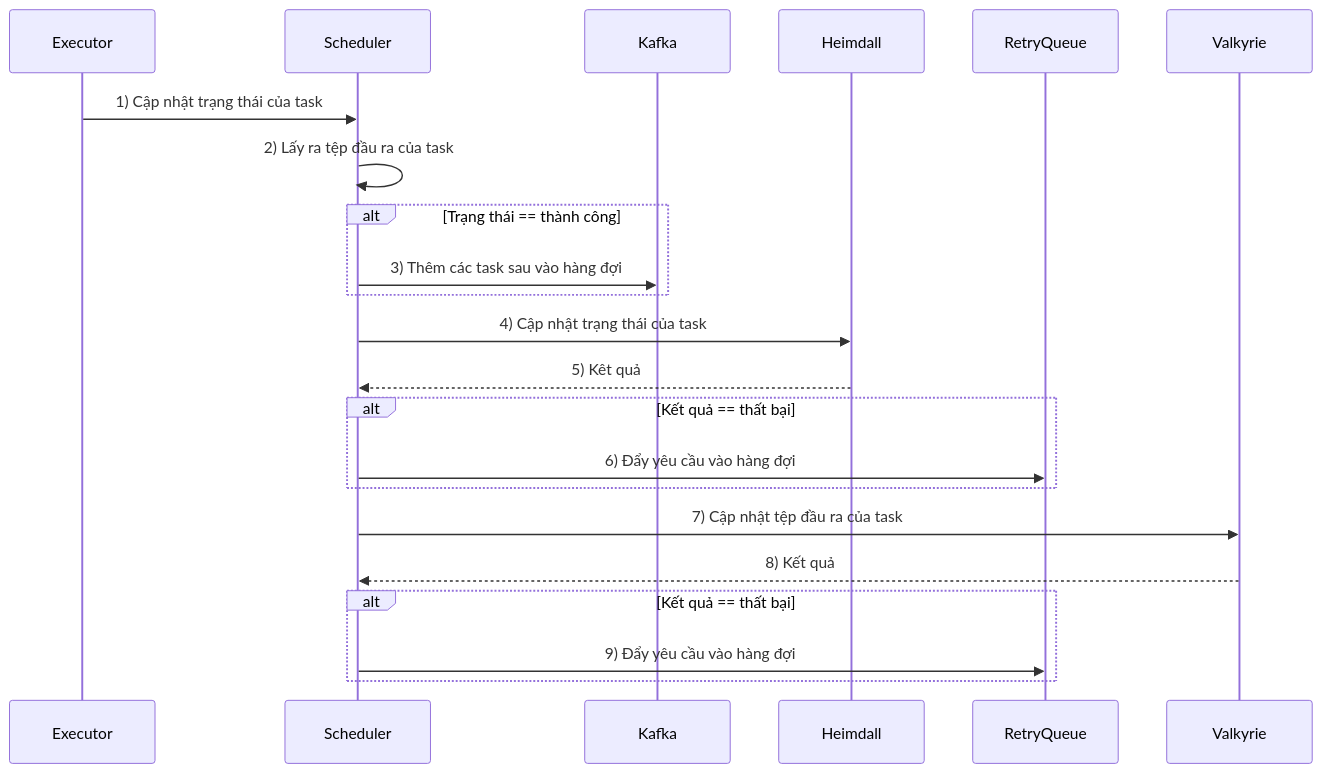
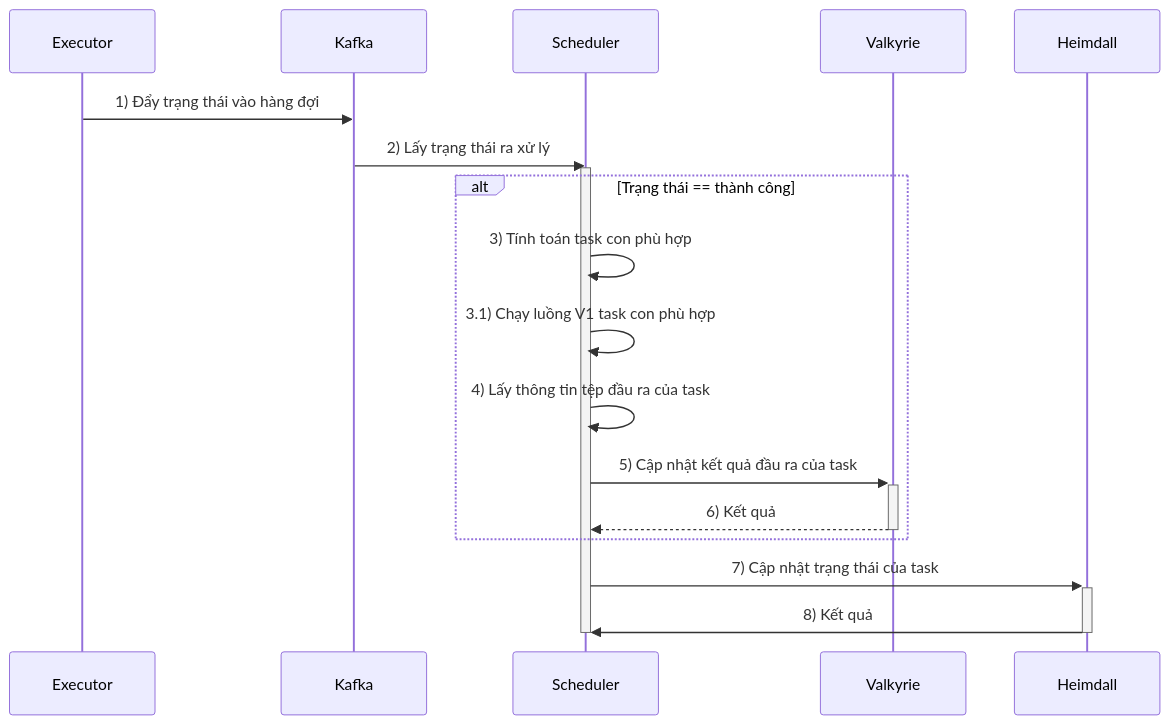
One commit to pinezapple/workflow changed the diagram in doc/old-update-sequence.md. Above: the diagram before and after it, drawn with Mermaid. The commit also changed 3 other files, not shown here.

Commit message:
add new diagram

````diff
--- a/doc/old-update-sequence.md
+++ b/doc/old-update-sequence.md
@@ -1,18 +1,16 @@
 ```mermaid
 sequenceDiagram
-	Executor ->> Scheduler: 1) Cập nhật trạng thái của task  
-    Scheduler ->> Scheduler: 2) Lấy ra tệp đầu ra của task
+	Executor ->> Kafka: 1) Đẩy trạng thái vào hàng đợi 
+    Kafka ->> Scheduler: 2) Lấy trạng thái ra xử lý
+    activate Scheduler 
     alt Trạng thái == thành công 
-        Scheduler ->> Kafka: 3) Thêm các task sau vào hàng đợi
+        Scheduler ->> Scheduler: 3) Tính toán task con phù hợp
+        Scheduler ->> Scheduler: 3.1) Chạy luồng V1 task con phù hợp
+        Scheduler ->> Scheduler: 4) Lấy thông tin tệp đầu ra của task 
+        Scheduler ->>+ Valkyrie: 5) Cập nhật kết quả đầu ra của task
+        Valkyrie -->>- Scheduler: 6) Kết quả
     end
-	Scheduler ->> Heimdall: 4) Cập nhật trạng thái của task
-    Heimdall -->> Scheduler: 5) Kêt quả
-    alt Kết quả == thất bại 
-        Scheduler ->> RetryQueue: 6) Đẩy yêu cầu vào hàng đợi
-    end
-    Scheduler ->> Valkyrie: 7) Cập nhật tệp đầu ra của task
-    Valkyrie -->> Scheduler: 8) Kết quả
-    alt Kết quả == thất bại 
-        Scheduler ->> RetryQueue: 9) Đẩy yêu cầu vào hàng đợi
-    end
+	Scheduler ->>+ Heimdall: 7) Cập nhật trạng thái của task
+    Heimdall ->>- Scheduler: 8) Kết quả
+    deactivate Scheduler 
 ```
````
